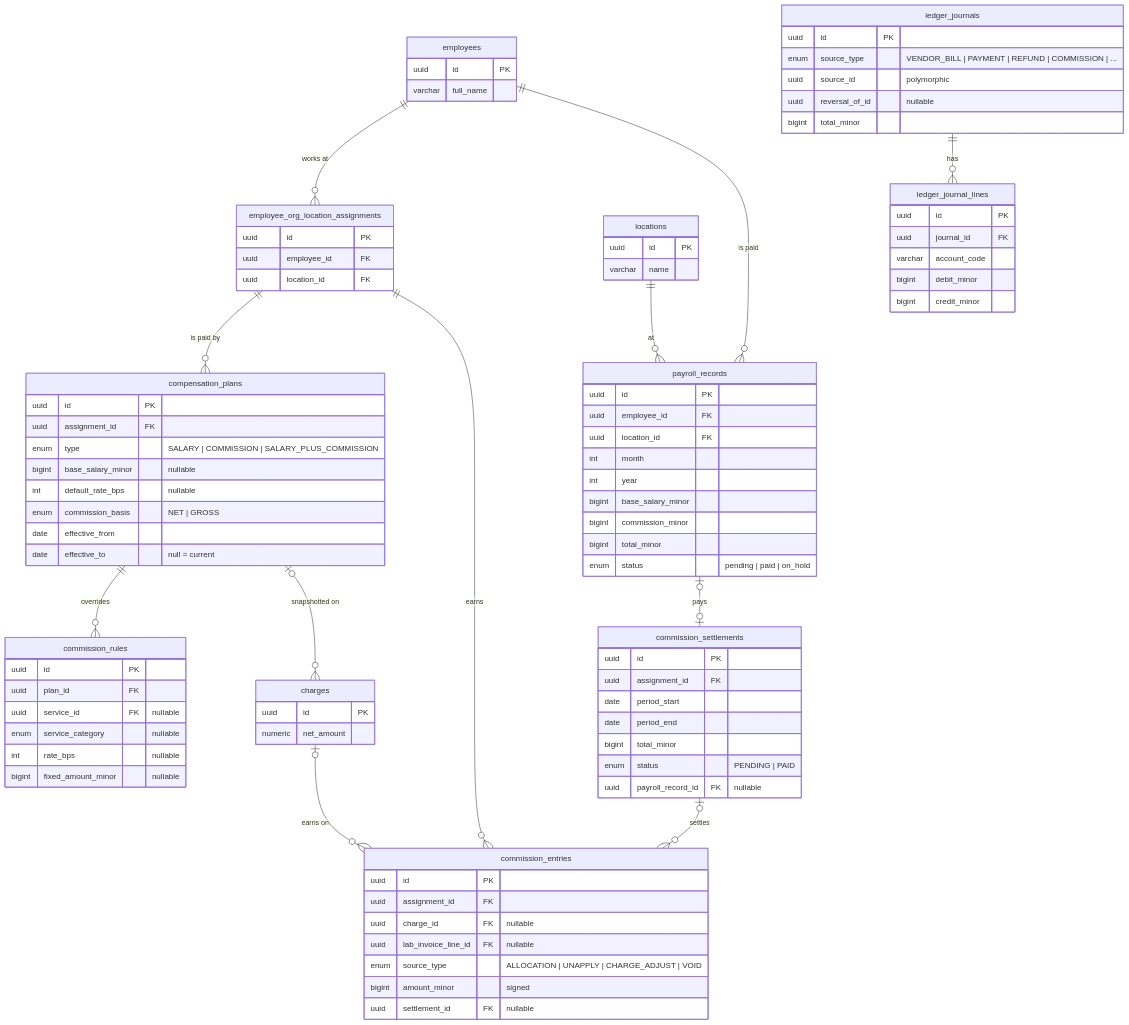
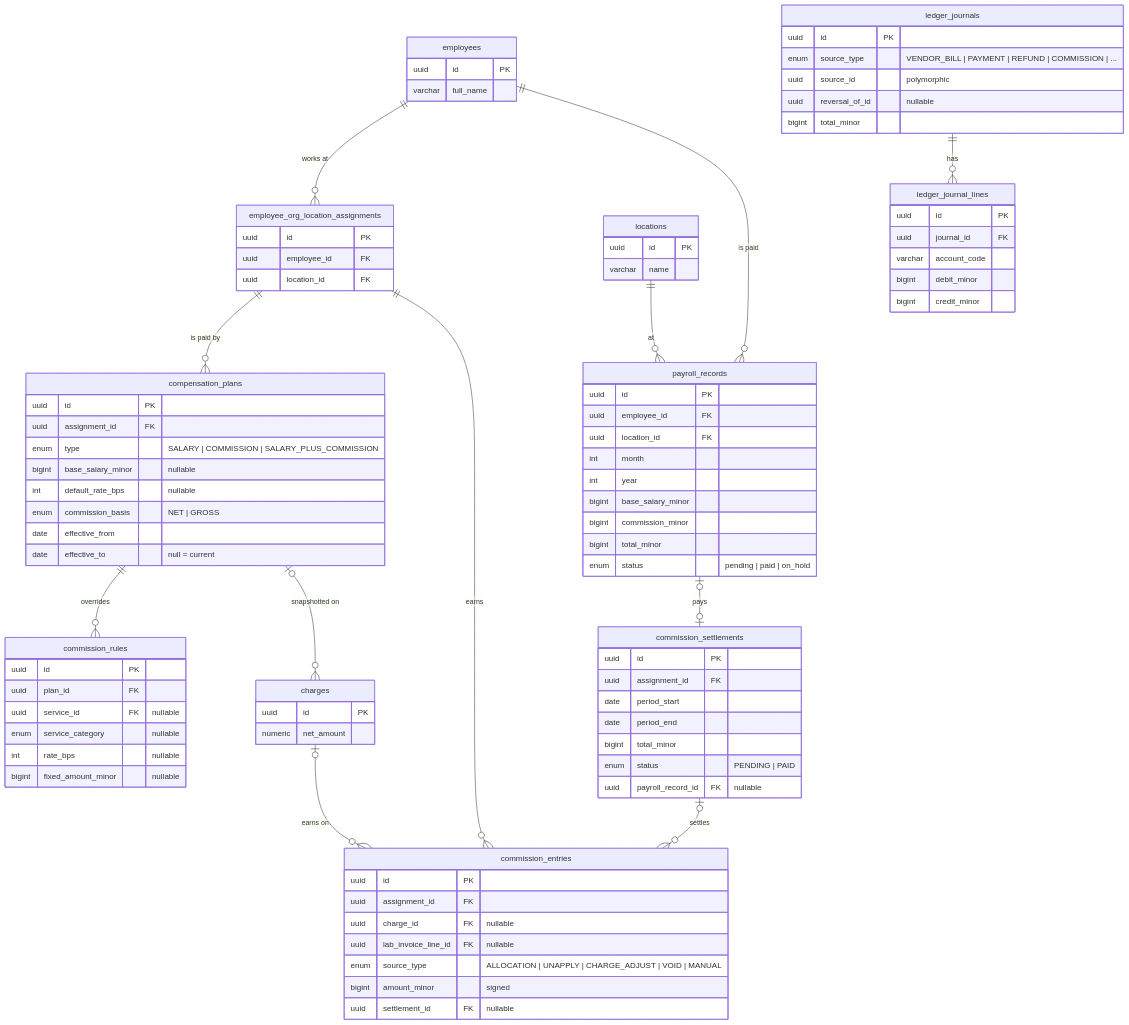
One commit to moinuddin2004/cms changed the fourth of 8 diagrams in docs/finance-billing-erd.md. Above: the diagram before and after it, drawn with Mermaid. The commit also changed other lines of this file and 48 other files, not shown here.

```diff
--- a/docs/finance-billing-erd.md
+++ b/docs/finance-billing-erd.md
@@ -365,7 +365,7 @@
         uuid assignment_id FK
         uuid charge_id FK "nullable"
         uuid lab_invoice_line_id FK "nullable"
-        enum source_type "ALLOCATION | UNAPPLY | CHARGE_ADJUST | VOID"
+        enum source_type "ALLOCATION | UNAPPLY | CHARGE_ADJUST | VOID | MANUAL"
         bigint amount_minor "signed"
         uuid settlement_id FK "nullable"
     }
```
